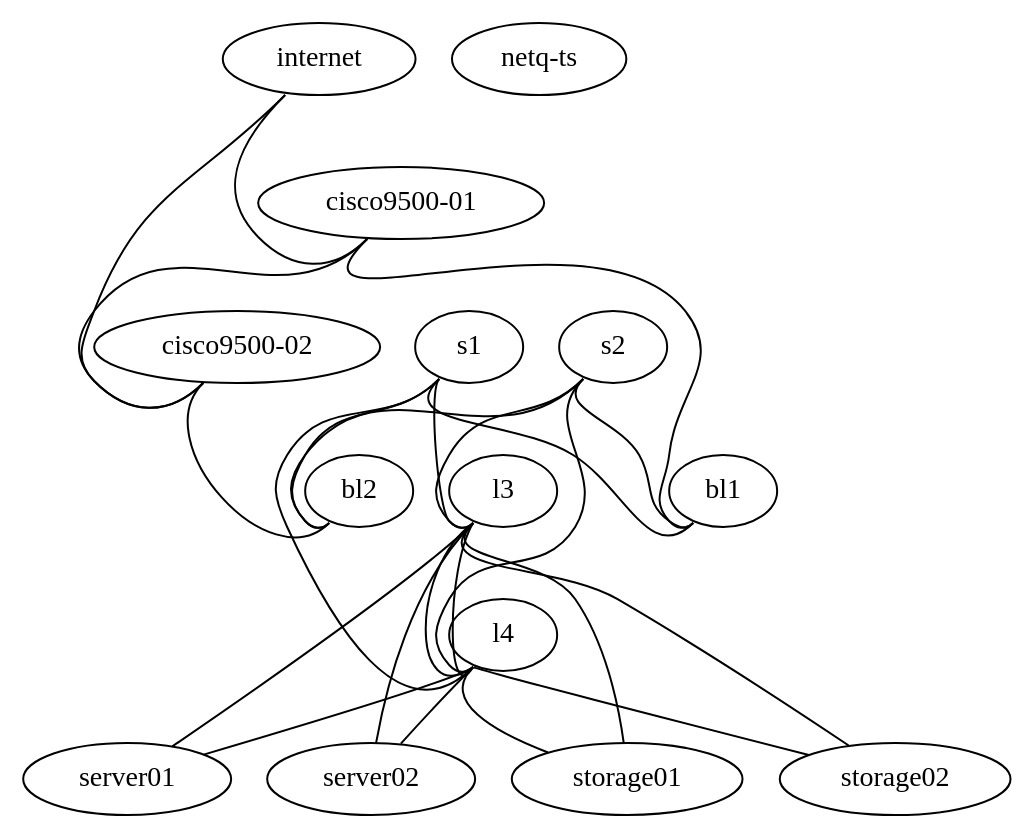
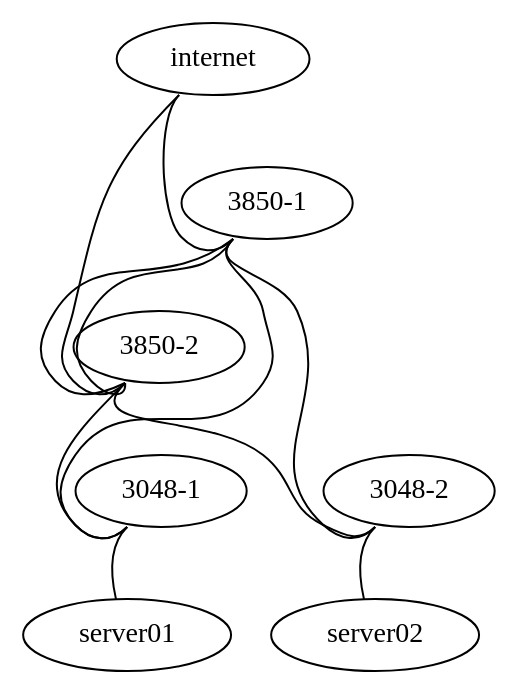
One commit to Cloudofyou/poc-old-oneok changed the diagram in vx_simulation/site.dot. Above: the diagram before and after it, drawn with Graphviz. The commit also changed 161 other files, not shown here.

```diff
--- a/vx_simulation/site.dot
+++ b/vx_simulation/site.dot
@@ -1,42 +1,20 @@
 graph site {
- "internet" [function="internet" os="CumulusCommunity/cumulus-vx" version="3.7.5" memory="1024" config="./helper_scripts/extra_switch_config.sh" mgmt_ip="192.168.200.1"]
- "cisco9500-01" [function="cisco" os="CumulusCommunity/cumulus-vx" version="3.7.5" memory="1024" config="./helper_scripts/extra_switch_config.sh" mgmt_ip="192.168.200.2"]
- "cisco9500-02" [function="cisco" os="CumulusCommunity/cumulus-vx" version="3.7.5" memory="1024" config="./helper_scripts/extra_switch_config.sh" mgmt_ip="192.168.200.3"]
- "s1" [function="spine" os="CumulusCommunity/cumulus-vx" version="3.7.5" memory="1024" config="./helper_scripts/extra_switch_config.sh" mgmt_ip="192.168.200.4"]
- "s2" [function="spine" os="CumulusCommunity/cumulus-vx" version="3.7.5" memory="1024" config="./helper_scripts/extra_switch_config.sh" mgmt_ip="192.168.200.5"]
- "bl1" [function="leaf" os="CumulusCommunity/cumulus-vx" version="3.7.5" memory="1024" config="./helper_scripts/extra_switch_config.sh" mgmt_ip="192.168.200.6"]
- "bl2" [function="leaf" os="CumulusCommunity/cumulus-vx" version="3.7.5" memory="1024" config="./helper_scripts/extra_switch_config.sh" mgmt_ip="192.168.200.7"]
- "l3" [function="leaf" os="CumulusCommunity/cumulus-vx" version="3.7.5" memory="1024" config="./helper_scripts/extra_switch_config.sh" mgmt_ip="192.168.200.8"]
- "l4" [function="leaf" os="CumulusCommunity/cumulus-vx" version="3.7.5" memory="1024" config="./helper_scripts/extra_switch_config.sh" mgmt_ip="192.168.200.9"]
+ "internet" [function="internet" os="CumulusCommunity/cumulus-vx" version="3.7.6" memory="768" config="./helper_scripts/extra_switch_config.sh" mgmt_ip="192.168.200.1"]
+ "3850-1" [function="cisco" os="CumulusCommunity/cumulus-vx" version="3.7.6" memory="1024" config="./helper_scripts/extra_switch_config.sh" mgmt_ip="192.168.200.2"]
+ "3850-2" [function="cisco" os="CumulusCommunity/cumulus-vx" version="3.7.6" memory="1024" config="./helper_scripts/extra_switch_config.sh" mgmt_ip="192.168.200.3"]
+ "3048-1" [function="leaf" os="CumulusCommunity/cumulus-vx" version="3.7.6" memory="1024" config="./helper_scripts/extra_switch_config.sh" mgmt_ip="192.168.200.6"]
+ "3048-2" [function="leaf" os="CumulusCommunity/cumulus-vx" version="3.7.6" memory="1024" config="./helper_scripts/extra_switch_config.sh" mgmt_ip="192.168.200.7"]
  "server01" [function="host" os="yk0/ubuntu-xenial" memory="768" config="./helper_scripts/extra_server_config.sh" mgmt_ip="192.168.200.10"]
  "server02" [function="host" os="yk0/ubuntu-xenial" memory="768" config="./helper_scripts/extra_server_config.sh" mgmt_ip="192.168.200.11"]
- "storage01" [function="host" os="yk0/ubuntu-xenial" memory="768" config="./helper_scripts/extra_server_config.sh" mgmt_ip="192.168.200.12"]
- "storage02" [function="host" os="yk0/ubuntu-xenial" memory="768" config="./helper_scripts/extra_server_config.sh" mgmt_ip="192.168.200.13"]
- "netq-ts" [function="host" config="./helper_scripts/extra_server_config.sh" mgmt_ip="192.168.200.250" memory="2048" os="cumulus/ts"]
 
-
-"internet":"swp1" -- "cisco9500-01":"swp4"
-"internet":"swp2" -- "cisco9500-02":"swp4"
-"cisco9500-01":"swp1" -- "bl1":"swp25"
-"cisco9500-02":"swp1" -- "bl2":"swp55"
-"cisco9500-01":"swp3" -- "cisco9500-02":"swp3"
-
-"s1":"swp1" -- "bl1":"swp29"
-"s1":"swp2" -- "bl2":"swp53"
-"s1":"swp3" -- "l3":"swp53"
-"s1":"swp4" -- "l4":"swp53"
-"s2":"swp1" -- "bl1":"swp30"
-"s2":"swp2" -- "bl2":"swp54"
-"s2":"swp3" -- "l3":"swp54"
-"s2":"swp4" -- "l4":"swp54"
-"l3":"swp11" -- "server01":"eth1"
-"l3":"swp12" -- "server02":"eth1"
-"l4":"swp11" -- "server01":"eth2"
-"l4":"swp12" -- "server02":"eth2"
-"l3":"swp55" -- "l4":"swp55"
-"l3":"swp56" -- "l4":"swp56"
-"l3":"swp3" -- "storage01":"eth1"
-"l3":"swp5" -- "storage02":"eth1"
-"l4":"swp3" -- "storage01":"eth3"
-"l4":"swp5" -- "storage02":"eth3"
+ "internet":"swp1" -- "3850-1":"swp49"
+ "internet":"swp2" -- "3850-2":"swp49"
+ "3850-1":"swp51" -- "3850-2":"swp51"
+ "3850-1":"swp52" -- "3850-2":"swp52"
+ "3850-1":"swp1" -- "3048-1":"swp49"
+ "3850-1":"swp2" -- "3048-2":"swp49"
+ "3850-2":"swp1" -- "3048-1":"swp50"
+ "3850-2":"swp2" -- "3048-2":"swp50"
+ "3048-1":"swp1" -- "server01":"eth1"
+ "3048-2":"swp1" -- "server02":"eth1"
 }
```
